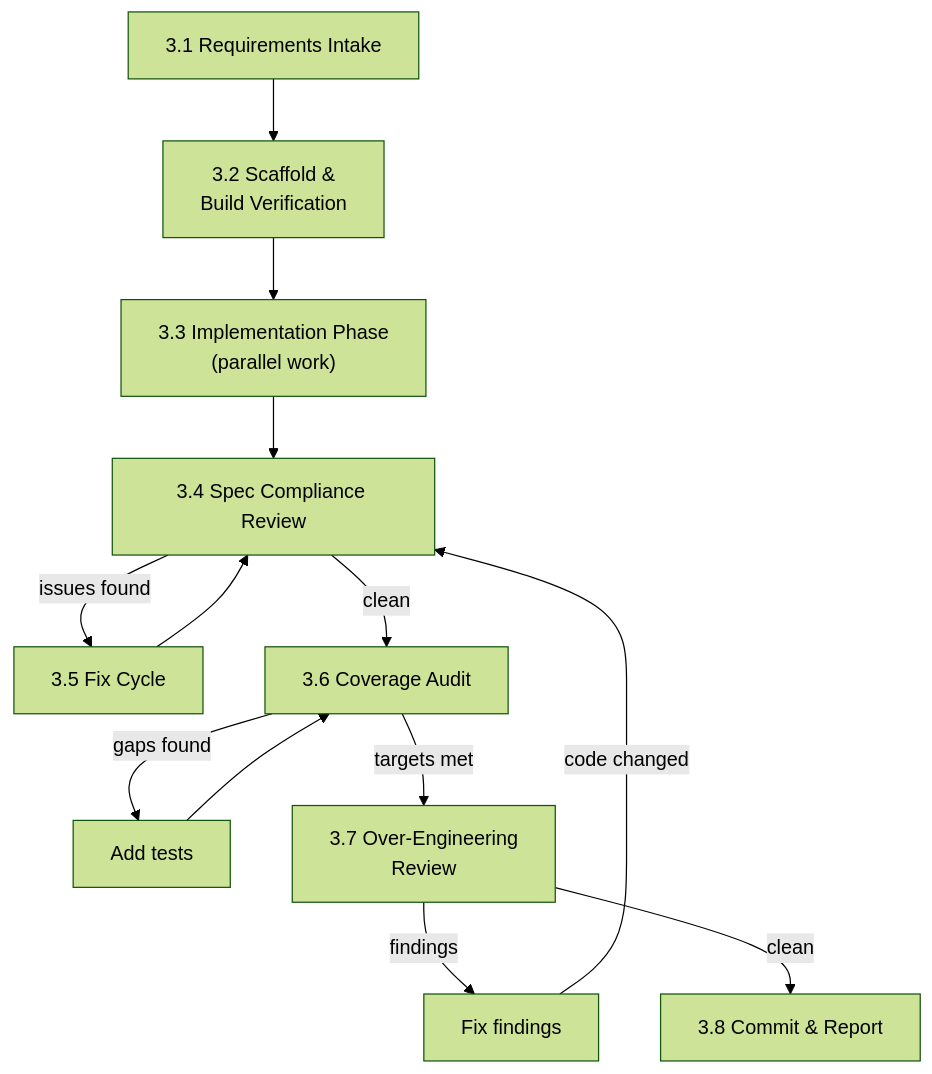
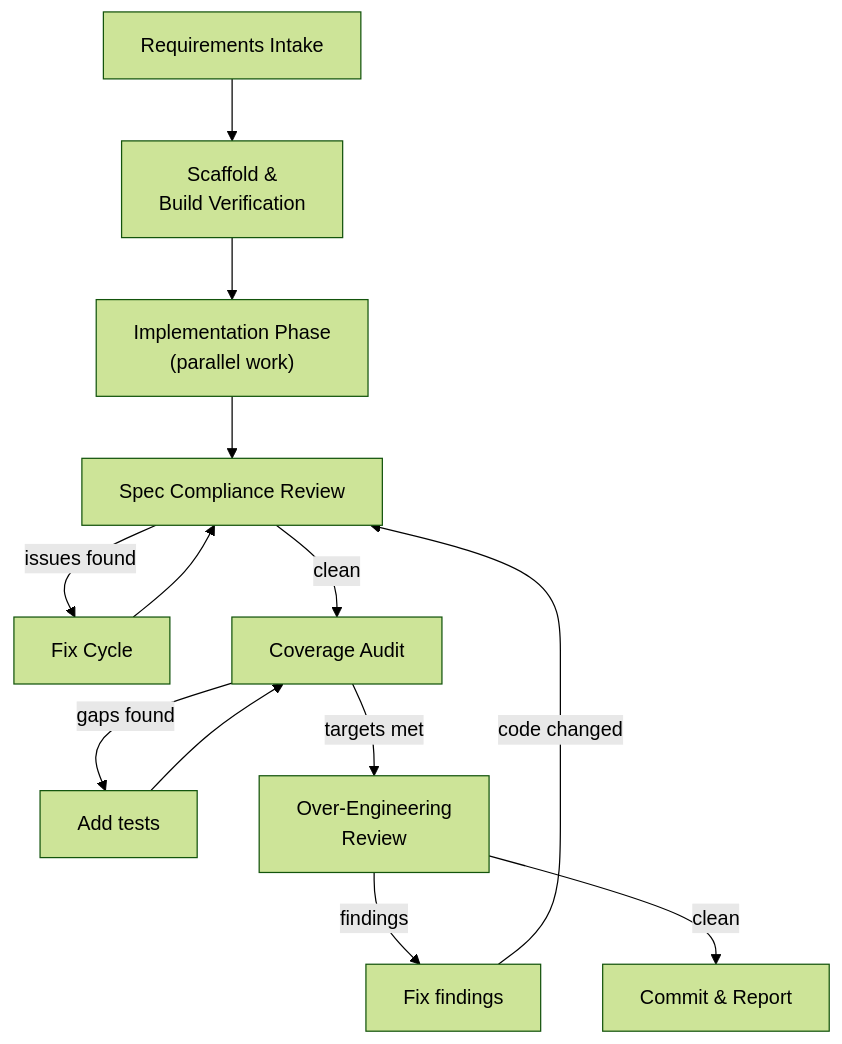
The second of 2 diagrams in docs/work-styles/05-implementation-workflow.md (powdream-org/it-shell3), drawn with Mermaid (forest theme) before and after one commit. The commit also changed other lines of this file and 16 other files, not shown here.

````diff
--- a/docs/work-styles/05-implementation-workflow.md
+++ b/docs/work-styles/05-implementation-workflow.md
@@ -56,15 +71,15 @@
 ```mermaid
 graph TD
-    A["3.1 Requirements Intake"] --> B["3.2 Scaffold &<br/>Build Verification"]
-    B --> C["3.3 Implementation Phase<br/>(parallel work)"]
-    C --> D["3.4 Spec Compliance Review"]
-    D -- "issues found" --> E["3.5 Fix Cycle"]
+    A["Requirements Intake"] --> B["Scaffold &<br/>Build Verification"]
+    B --> C["Implementation Phase<br/>(parallel work)"]
+    C --> D["Spec Compliance Review"]
+    D -- "issues found" --> E["Fix Cycle"]
     E --> D
-    D -- "clean" --> F["3.6 Coverage Audit"]
+    D -- "clean" --> F["Coverage Audit"]
     F -- "gaps found" --> G["Add tests"]
     G --> F
-    F -- "targets met" --> H["3.7 Over-Engineering<br/>Review"]
+    F -- "targets met" --> H["Over-Engineering<br/>Review"]
     H -- "findings" --> I["Fix findings"]
     I -- "code changed" --> D
-    H -- "clean" --> J["3.8 Commit & Report"]
+    H -- "clean" --> J["Commit & Report"]
 ```
````
